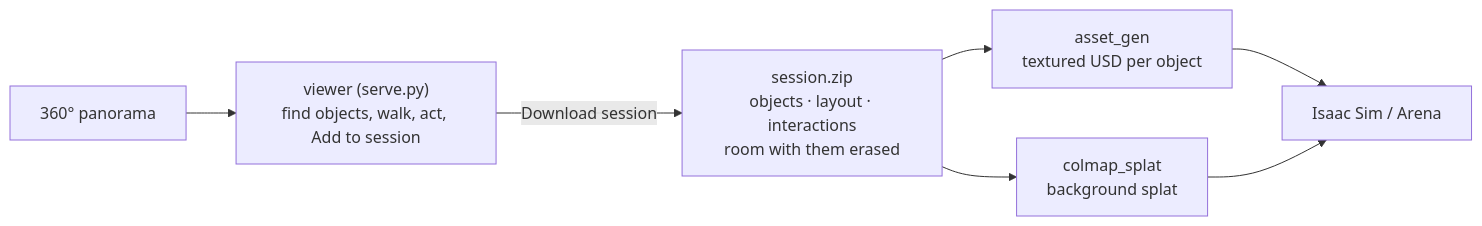
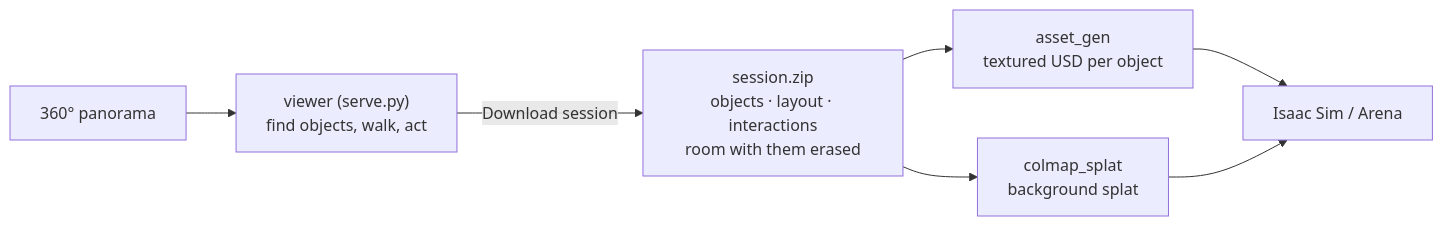
The diagram in sim/pano_ideate/README.md (cnboonhan/data-flywheel), drawn with Mermaid before and after one commit. The commit also changed other lines of this file and 7 other files, not shown here.

````diff
--- a/sim/pano_ideate/README.md
+++ b/sim/pano_ideate/README.md
@@ -7,9 +7,9 @@
 ```mermaid
 flowchart LR
-  P["360° panorama"] --> V["viewer (serve.py)<br/>find objects, walk, act, Add to session"]
+  P["360° panorama"] --> V["viewer (serve.py)<br/>find objects, walk, act"]
   V -->|Download session| Z["session.zip<br/>objects · layout · interactions<br/>room with them erased"]
   Z --> A["asset_gen<br/>textured USD per object"]
   Z --> S["colmap_splat<br/>background splat"]
   A --> Sim["Isaac Sim / Arena"]
   S --> Sim
 ```
````
